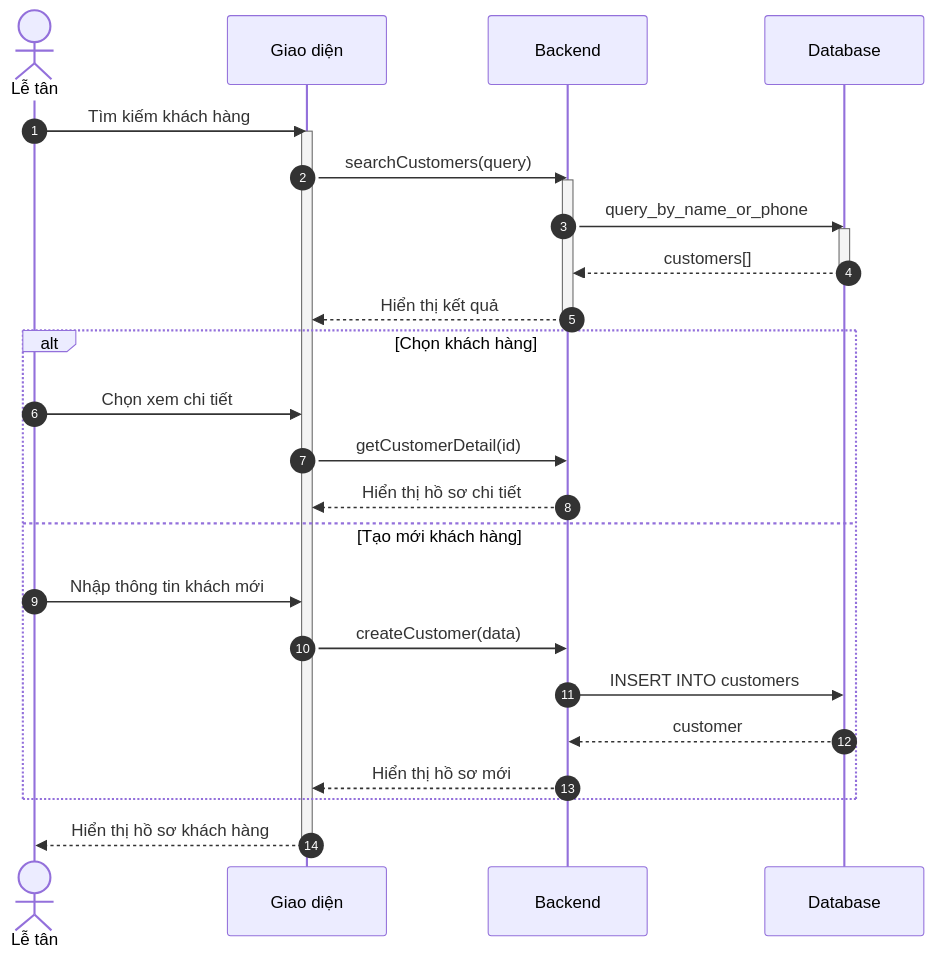
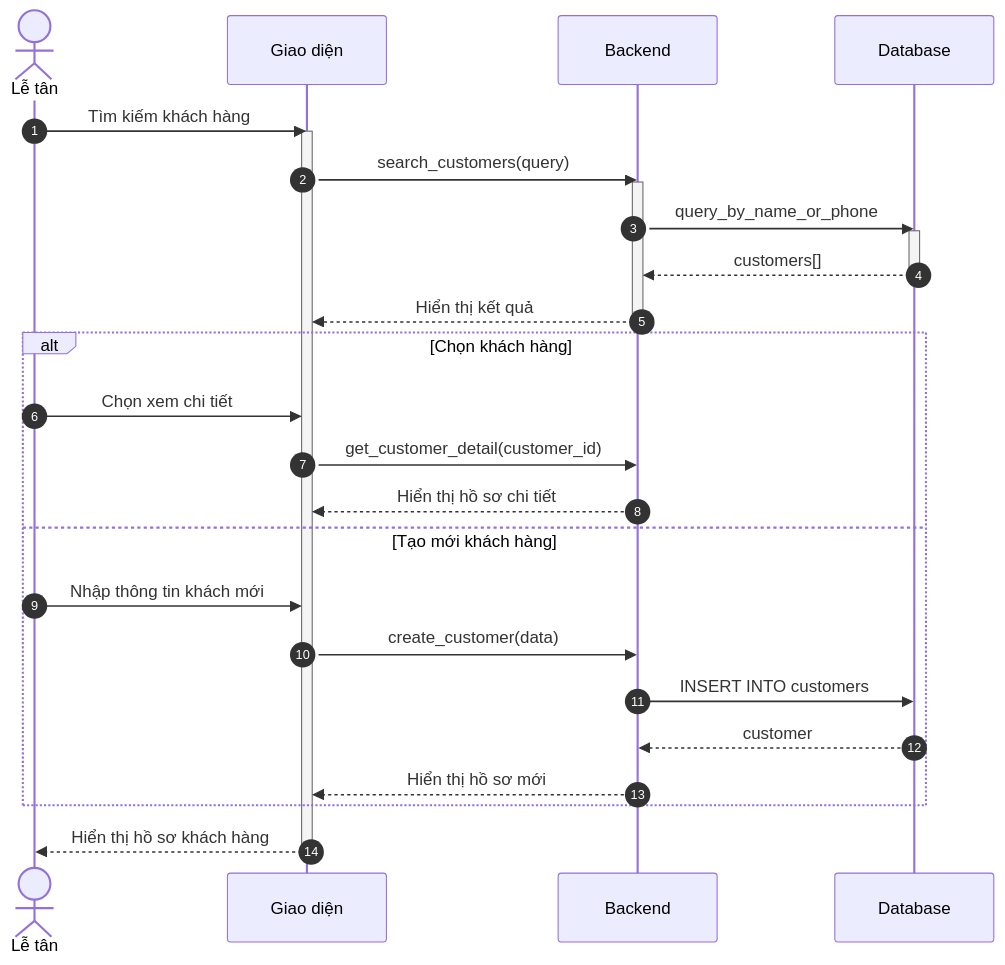
Before and after one commit to ngoctinn/Synapse: the second of 8 diagrams in docs/design/sequences/receptionist_flows.md, drawn with Mermaid. The commit also changed other lines of this file and 4 other files, not shown here.

Commit message:
docs: Add activity and sequence diagrams for authentication, customer, receptionist, and technician flows.

````diff
--- a/docs/design/sequences/receptionist_flows.md
+++ b/docs/design/sequences/receptionist_flows.md
@@ -56,36 +56,36 @@
 ```mermaid
 sequenceDiagram
     autonumber
     actor LT as Lễ tân
     participant UI as Giao diện
     participant BE as Backend
     participant DB as Database
 
     LT->>UI: Tìm kiếm khách hàng
     activate UI
-    UI->>BE: searchCustomers(query)
+    UI->>BE: search_customers(query)
     activate BE
 
     BE->>DB: query_by_name_or_phone
     activate DB
     DB-->>BE: customers[]
     deactivate DB
 
     BE-->>UI: Hiển thị kết quả
     deactivate BE
 
     alt Chọn khách hàng
         LT->>UI: Chọn xem chi tiết
-        UI->>BE: getCustomerDetail(id)
+        UI->>BE: get_customer_detail(customer_id)
         BE-->>UI: Hiển thị hồ sơ chi tiết
     else Tạo mới khách hàng
         LT->>UI: Nhập thông tin khách mới
-        UI->>BE: createCustomer(data)
+        UI->>BE: create_customer(data)
         BE->>DB: INSERT INTO customers
         DB-->>BE: customer
         BE-->>UI: Hiển thị hồ sơ mới
     end
 
     UI-->>LT: Hiển thị hồ sơ khách hàng
     deactivate UI
 ```
````
